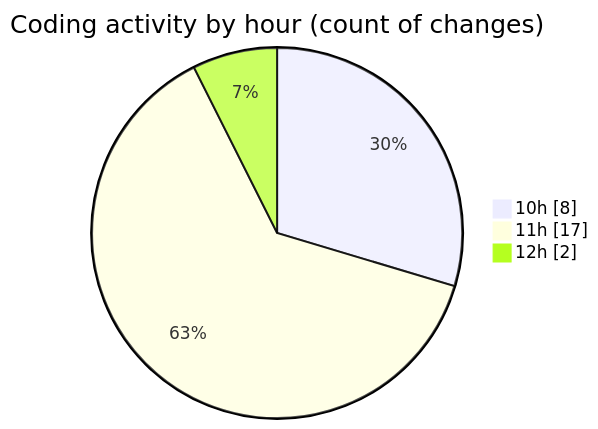
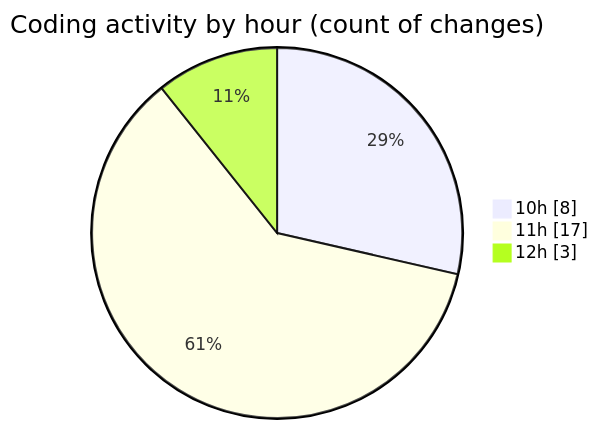
Before and after one commit to nxtqubesakshisongat/code-tracking: the second of 2 diagrams in 2026-02-02/nxtqube_webapp/README.md, drawn with Mermaid. The commit also changed other lines of this file and 1 other file, not shown here.

````diff
--- a/2026-02-02/nxtqube_webapp/README.md
+++ b/2026-02-02/nxtqube_webapp/README.md
@@ -30,7 +30,7 @@
 ```mermaid
 pie showData
 title Coding activity by hour (count of changes)
 "10h" : 8
 "11h" : 17
-"12h" : 2
+"12h" : 3
 ```
````
